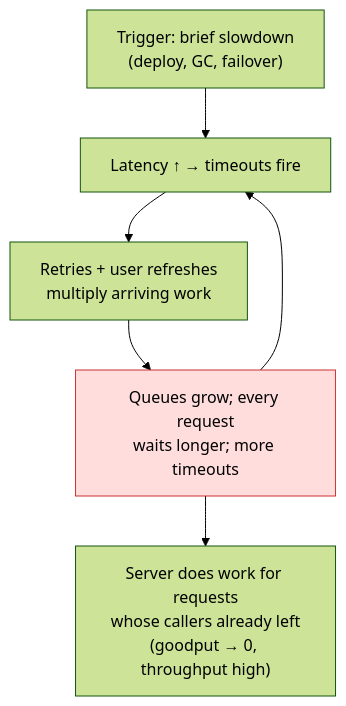
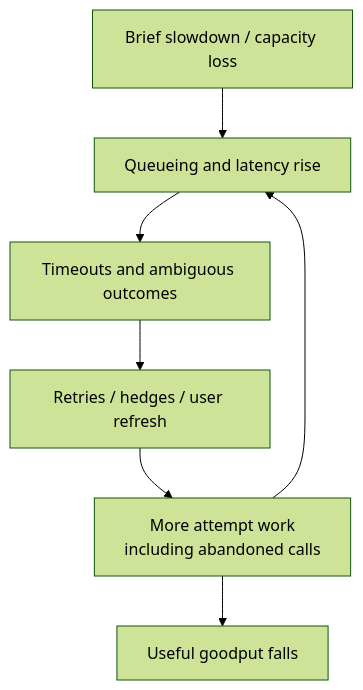
Before and after one commit to babushkai/system-design-patterns: the second of 2 diagrams in 06-scaling/10-retries-timeouts-hedging.md, drawn with Mermaid (forest theme). The commit also changed other lines of this file and 190 other files, not shown here.

````diff
--- a/06-scaling/10-retries-timeouts-hedging.md
+++ b/06-scaling/10-retries-timeouts-hedging.md
@@ -96,9 +296,12 @@
-```mermaid
-graph TD
-    T["Trigger: brief slowdown<br/>(deploy, GC, failover)"] --> O["Latency ↑ → timeouts fire"]
-    O --> R["Retries + user refreshes<br/>multiply arriving work"]
-    R --> Q["Queues grow; every request<br/>waits longer; more timeouts"]
-    Q --> O
-    Q --> S["Server does work for requests<br/>whose callers already left<br/>(goodput → 0, throughput high)"]
-    style Q fill:#fdd,stroke:#c33
-```
+~~~mermaid
+flowchart TD
+    T["Brief slowdown / capacity loss"]
+    L["Queueing and latency rise"]
+    O["Timeouts and ambiguous outcomes"]
+    R["Retries / hedges / user refresh"]
+    W["More attempt work<br/>including abandoned calls"]
+    G["Useful goodput falls"]
+
+    T --> L --> O --> R --> W --> L
+    W --> G
+~~~
````
